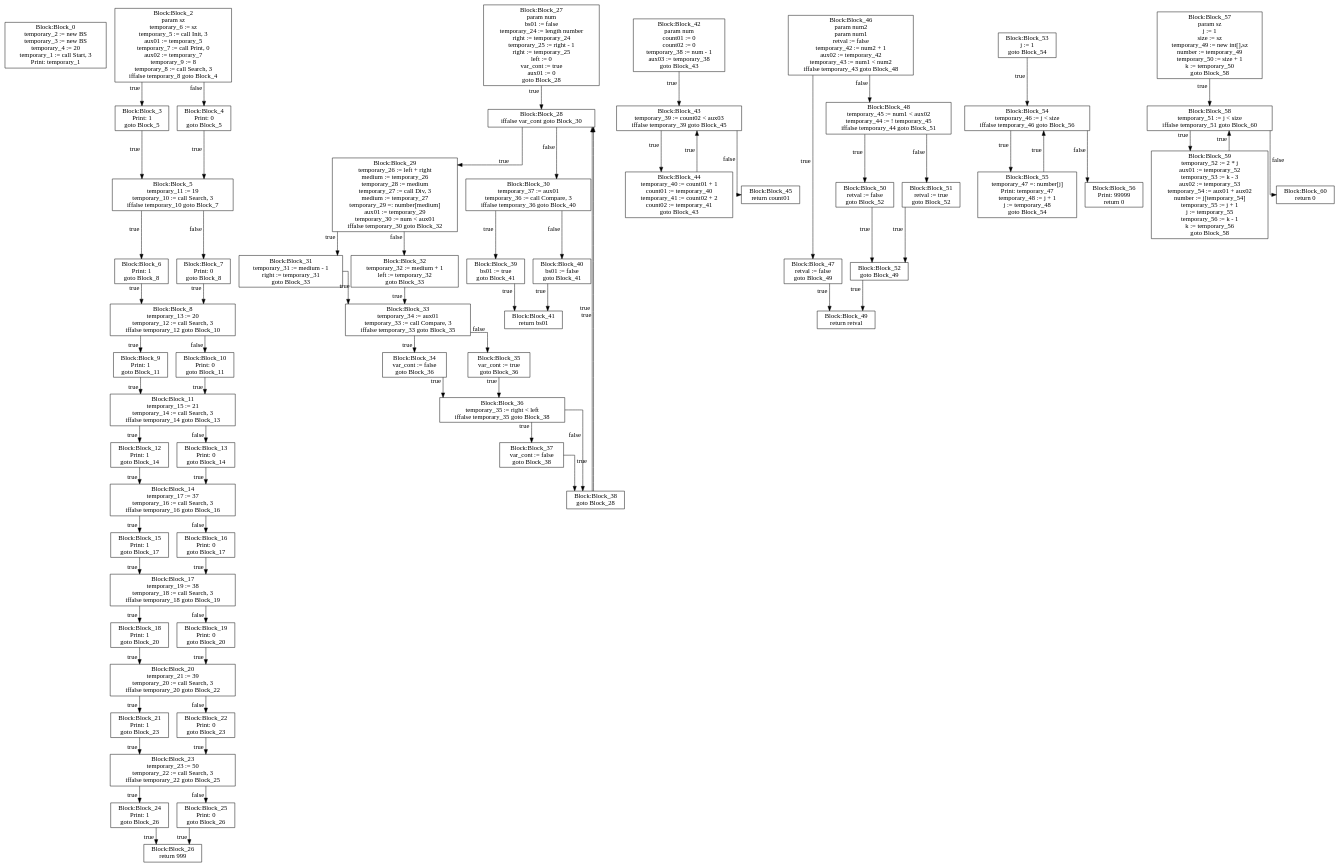
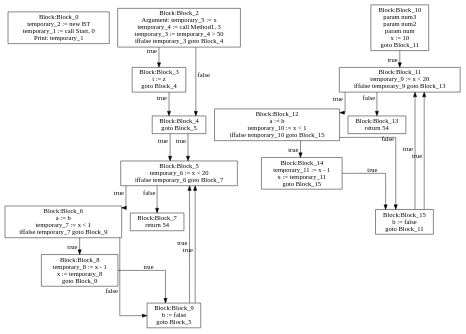
One commit to moondog-matthew/compiler-dv1655 changed the diagram in lab3/CFG-tree.dot. Above: the diagram before and after it, drawn with Graphviz. The commit also changed 5 other files, not shown here.

```diff
--- a/lab3/CFG-tree.dot
+++ b/lab3/CFG-tree.dot
@@ -2,316 +2,83 @@
 graph [ splines = ortho ]
 	node [ shape = box ];
 Block_0 [label="Block:Block_0
-temporary_2 := new BS
-temporary_3 := new BS
-temporary_4 := 20
-temporary_1 := call Start, 3
+temporary_2 := new BT
+temporary_1 := call Start, 0
 Print: temporary_1"];
 Block_2 [label="Block:Block_2
-param sz
-temporary_6 := sz
-temporary_5 := call Init, 3
-aux01 := temporary_5
-temporary_7 := call Print, 0
-aux02 := temporary_7
-temporary_9 := 8
-temporary_8 := call Search, 3
-iffalse temporary_8 goto Block_4"];
+Argument: temporary_5 := x
+temporary_4 := call Method1, 3
+temporary_3 := temporary_4 > 50
+iffalse temporary_3 goto Block_4"];
 Block_2 -> Block_3 [xlabel = "true"]
 Block_3 [label="Block:Block_3
-Print: 1
+i := z
+goto Block_4"];
+Block_3 -> Block_4 [xlabel = "true"]
+Block_4 [label="Block:Block_4
 goto Block_5"];
-Block_3 -> Block_5 [xlabel = "true"]
+Block_4 -> Block_5 [xlabel = "true"]
 Block_5 [label="Block:Block_5
-temporary_11 := 19
-temporary_10 := call Search, 3
-iffalse temporary_10 goto Block_7"];
+temporary_6 := x < 20
+iffalse temporary_6 goto Block_7"];
 Block_5 -> Block_6 [xlabel = "true"]
 Block_6 [label="Block:Block_6
-Print: 1
-goto Block_8"];
+a := b
+temporary_7 := x < 1
+iffalse temporary_7 goto Block_9"];
 Block_6 -> Block_8 [xlabel = "true"]
 Block_8 [label="Block:Block_8
-temporary_13 := 20
-temporary_12 := call Search, 3
-iffalse temporary_12 goto Block_10"];
+temporary_8 := x - 1
+x := temporary_8
+goto Block_9"];
 Block_8 -> Block_9 [xlabel = "true"]
 Block_9 [label="Block:Block_9
-Print: 1
+b := false
+goto Block_5"];
+Block_9 -> Block_5 [xlabel = "true"]
+Block_6 -> Block_9 [xlabel = "false"]
+Block_9 [label="Block:Block_9
+b := false
+goto Block_5"];
+Block_9 -> Block_5 [xlabel = "true"]
+Block_5 -> Block_7 [xlabel = "false"]
+Block_7 [label="Block:Block_7
+return 54"];
+Block_2 -> Block_4 [xlabel = "false"]
+Block_4 [label="Block:Block_4
+goto Block_5"];
+Block_4 -> Block_5 [xlabel = "true"]
+Block_10 [label="Block:Block_10
+param num3
+param num2
+param num
+x := 10
 goto Block_11"];
-Block_9 -> Block_11 [xlabel = "true"]
+Block_10 -> Block_11 [xlabel = "true"]
 Block_11 [label="Block:Block_11
-temporary_15 := 21
-temporary_14 := call Search, 3
-iffalse temporary_14 goto Block_13"];
+temporary_9 := x < 20
+iffalse temporary_9 goto Block_13"];
 Block_11 -> Block_12 [xlabel = "true"]
 Block_12 [label="Block:Block_12
-Print: 1
-goto Block_14"];
+a := b
+temporary_10 := x < 1
+iffalse temporary_10 goto Block_15"];
 Block_12 -> Block_14 [xlabel = "true"]
 Block_14 [label="Block:Block_14
-temporary_17 := 37
-temporary_16 := call Search, 3
-iffalse temporary_16 goto Block_16"];
+temporary_11 := x - 1
+x := temporary_11
+goto Block_15"];
 Block_14 -> Block_15 [xlabel = "true"]
 Block_15 [label="Block:Block_15
-Print: 1
-goto Block_17"];
-Block_15 -> Block_17 [xlabel = "true"]
-Block_17 [label="Block:Block_17
-temporary_19 := 38
-temporary_18 := call Search, 3
-iffalse temporary_18 goto Block_19"];
-Block_17 -> Block_18 [xlabel = "true"]
-Block_18 [label="Block:Block_18
-Print: 1
-goto Block_20"];
-Block_18 -> Block_20 [xlabel = "true"]
-Block_20 [label="Block:Block_20
-temporary_21 := 39
-temporary_20 := call Search, 3
-iffalse temporary_20 goto Block_22"];
-Block_20 -> Block_21 [xlabel = "true"]
-Block_21 [label="Block:Block_21
-Print: 1
-goto Block_23"];
-Block_21 -> Block_23 [xlabel = "true"]
-Block_23 [label="Block:Block_23
-temporary_23 := 50
-temporary_22 := call Search, 3
-iffalse temporary_22 goto Block_25"];
-Block_23 -> Block_24 [xlabel = "true"]
-Block_24 [label="Block:Block_24
-Print: 1
-goto Block_26"];
-Block_24 -> Block_26 [xlabel = "true"]
-Block_26 [label="Block:Block_26
-return 999"];
-Block_23 -> Block_25 [xlabel = "false"]
-Block_25 [label="Block:Block_25
-Print: 0
-goto Block_26"];
-Block_25 -> Block_26 [xlabel = "true"]
-Block_20 -> Block_22 [xlabel = "false"]
-Block_22 [label="Block:Block_22
-Print: 0
-goto Block_23"];
-Block_22 -> Block_23 [xlabel = "true"]
-Block_17 -> Block_19 [xlabel = "false"]
-Block_19 [label="Block:Block_19
-Print: 0
-goto Block_20"];
-Block_19 -> Block_20 [xlabel = "true"]
-Block_14 -> Block_16 [xlabel = "false"]
-Block_16 [label="Block:Block_16
-Print: 0
-goto Block_17"];
-Block_16 -> Block_17 [xlabel = "true"]
+b := false
+goto Block_11"];
+Block_15 -> Block_11 [xlabel = "true"]
+Block_12 -> Block_15 [xlabel = "false"]
+Block_15 [label="Block:Block_15
+b := false
+goto Block_11"];
+Block_15 -> Block_11 [xlabel = "true"]
 Block_11 -> Block_13 [xlabel = "false"]
 Block_13 [label="Block:Block_13
-Print: 0
-goto Block_14"];
-Block_13 -> Block_14 [xlabel = "true"]
-Block_8 -> Block_10 [xlabel = "false"]
-Block_10 [label="Block:Block_10
-Print: 0
-goto Block_11"];
-Block_10 -> Block_11 [xlabel = "true"]
-Block_5 -> Block_7 [xlabel = "false"]
-Block_7 [label="Block:Block_7
-Print: 0
-goto Block_8"];
-Block_7 -> Block_8 [xlabel = "true"]
-Block_2 -> Block_4 [xlabel = "false"]
-Block_4 [label="Block:Block_4
-Print: 0
-goto Block_5"];
-Block_4 -> Block_5 [xlabel = "true"]
-Block_27 [label="Block:Block_27
-param num
-bs01 := false
-temporary_24 := length number
-right := temporary_24
-temporary_25 := right - 1
-right := temporary_25
-left := 0
-var_cont := true
-aux01 := 0
-goto Block_28"];
-Block_27 -> Block_28 [xlabel = "true"]
-Block_28 [label="Block:Block_28
-iffalse var_cont goto Block_30"];
-Block_28 -> Block_29 [xlabel = "true"]
-Block_29 [label="Block:Block_29
-temporary_26 := left + right
-medium := temporary_26
-temporary_28 := medium
-temporary_27 := call Div, 3
-medium := temporary_27
-temporary_29 =: number[medium]
-aux01 := temporary_29
-temporary_30 := num < aux01
-iffalse temporary_30 goto Block_32"];
-Block_29 -> Block_31 [xlabel = "true"]
-Block_31 [label="Block:Block_31
-temporary_31 := medium - 1
-right := temporary_31
-goto Block_33"];
-Block_31 -> Block_33 [xlabel = "true"]
-Block_33 [label="Block:Block_33
-temporary_34 := aux01
-temporary_33 := call Compare, 3
-iffalse temporary_33 goto Block_35"];
-Block_33 -> Block_34 [xlabel = "true"]
-Block_34 [label="Block:Block_34
-var_cont := false
-goto Block_36"];
-Block_34 -> Block_36 [xlabel = "true"]
-Block_36 [label="Block:Block_36
-temporary_35 := right < left
-iffalse temporary_35 goto Block_38"];
-Block_36 -> Block_37 [xlabel = "true"]
-Block_37 [label="Block:Block_37
-var_cont := false
-goto Block_38"];
-Block_37 -> Block_38 [xlabel = "true"]
-Block_38 [label="Block:Block_38
-goto Block_28"];
-Block_38 -> Block_28 [xlabel = "true"]
-Block_36 -> Block_38 [xlabel = "false"]
-Block_38 [label="Block:Block_38
-goto Block_28"];
-Block_38 -> Block_28 [xlabel = "true"]
-Block_33 -> Block_35 [xlabel = "false"]
-Block_35 [label="Block:Block_35
-var_cont := true
-goto Block_36"];
-Block_35 -> Block_36 [xlabel = "true"]
-Block_29 -> Block_32 [xlabel = "false"]
-Block_32 [label="Block:Block_32
-temporary_32 := medium + 1
-left := temporary_32
-goto Block_33"];
-Block_32 -> Block_33 [xlabel = "true"]
-Block_28 -> Block_30 [xlabel = "false"]
-Block_30 [label="Block:Block_30
-temporary_37 := aux01
-temporary_36 := call Compare, 3
-iffalse temporary_36 goto Block_40"];
-Block_30 -> Block_39 [xlabel = "true"]
-Block_39 [label="Block:Block_39
-bs01 := true
-goto Block_41"];
-Block_39 -> Block_41 [xlabel = "true"]
-Block_41 [label="Block:Block_41
-return bs01"];
-Block_30 -> Block_40 [xlabel = "false"]
-Block_40 [label="Block:Block_40
-bs01 := false
-goto Block_41"];
-Block_40 -> Block_41 [xlabel = "true"]
-Block_42 [label="Block:Block_42
-param num
-count01 := 0
-count02 := 0
-temporary_38 := num - 1
-aux03 := temporary_38
-goto Block_43"];
-Block_42 -> Block_43 [xlabel = "true"]
-Block_43 [label="Block:Block_43
-temporary_39 := count02 < aux03
-iffalse temporary_39 goto Block_45"];
-Block_43 -> Block_44 [xlabel = "true"]
-Block_44 [label="Block:Block_44
-temporary_40 := count01 + 1
-count01 := temporary_40
-temporary_41 := count02 + 2
-count02 := temporary_41
-goto Block_43"];
-Block_44 -> Block_43 [xlabel = "true"]
-Block_43 -> Block_45 [xlabel = "false"]
-Block_45 [label="Block:Block_45
-return count01"];
-Block_46 [label="Block:Block_46
-param num2
-param num1
-retval := false
-temporary_42 := num2 + 1
-aux02 := temporary_42
-temporary_43 := num1 < num2
-iffalse temporary_43 goto Block_48"];
-Block_46 -> Block_47 [xlabel = "true"]
-Block_47 [label="Block:Block_47
-retval := false
-goto Block_49"];
-Block_47 -> Block_49 [xlabel = "true"]
-Block_49 [label="Block:Block_49
-return retval"];
-Block_46 -> Block_48 [xlabel = "false"]
-Block_48 [label="Block:Block_48
-temporary_45 := num1 < aux02
-temporary_44 := ! temporary_45
-iffalse temporary_44 goto Block_51"];
-Block_48 -> Block_50 [xlabel = "true"]
-Block_50 [label="Block:Block_50
-retval := false
-goto Block_52"];
-Block_50 -> Block_52 [xlabel = "true"]
-Block_52 [label="Block:Block_52
-goto Block_49"];
-Block_52 -> Block_49 [xlabel = "true"]
-Block_48 -> Block_51 [xlabel = "false"]
-Block_51 [label="Block:Block_51
-retval := true
-goto Block_52"];
-Block_51 -> Block_52 [xlabel = "true"]
-Block_53 [label="Block:Block_53
-j := 1
-goto Block_54"];
-Block_53 -> Block_54 [xlabel = "true"]
-Block_54 [label="Block:Block_54
-temporary_46 := j < size
-iffalse temporary_46 goto Block_56"];
-Block_54 -> Block_55 [xlabel = "true"]
-Block_55 [label="Block:Block_55
-temporary_47 =: number[j]
-Print: temporary_47
-temporary_48 := j + 1
-j := temporary_48
-goto Block_54"];
-Block_55 -> Block_54 [xlabel = "true"]
-Block_54 -> Block_56 [xlabel = "false"]
-Block_56 [label="Block:Block_56
-Print: 99999
-return 0"];
-Block_57 [label="Block:Block_57
-param sz
-j := 1
-size := sz
-temporary_49 := new int[],sz
-number := temporary_49
-temporary_50 := size + 1
-k := temporary_50
-goto Block_58"];
-Block_57 -> Block_58 [xlabel = "true"]
-Block_58 [label="Block:Block_58
-temporary_51 := j < size
-iffalse temporary_51 goto Block_60"];
-Block_58 -> Block_59 [xlabel = "true"]
-Block_59 [label="Block:Block_59
-temporary_52 := 2 * j
-aux01 := temporary_52
-temporary_53 := k - 3
-aux02 := temporary_53
-temporary_54 := aux01 + aux02
-number := j[temporary_54]
-temporary_55 := j + 1
-j := temporary_55
-temporary_56 := k - 1
-k := temporary_56
-goto Block_58"];
-Block_59 -> Block_58 [xlabel = "true"]
-Block_58 -> Block_60 [xlabel = "false"]
-Block_60 [label="Block:Block_60
-return 0"];
+return 54"];
 }
```
